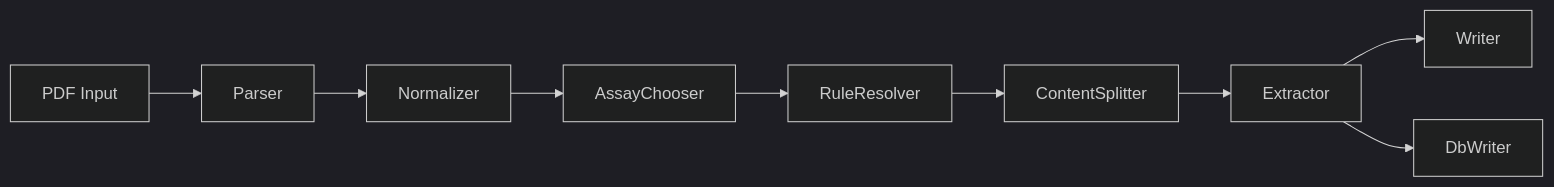
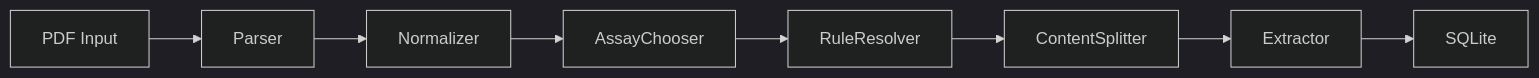
The first of 2 diagrams in docs/ARCHITECTURE.md (layzieshin/AnalyzerExtractorV2), drawn with Mermaid (dark theme) before and after one commit. The commit also changed other lines of this file and 101 other files, not shown here.

````diff
--- a/docs/ARCHITECTURE.md
+++ b/docs/ARCHITECTURE.md
@@ -9,11 +9,10 @@
 ```mermaid
 flowchart LR
   PDF[PDF Input] --> Parser
   Parser --> Normalizer
   Normalizer --> AssayChooser
   AssayChooser --> RuleResolver
   RuleResolver --> ContentSplitter
   ContentSplitter --> Extractor
-  Extractor --> Writer
-  Extractor --> DbWriter
+  Extractor --> DbWriter[SQLite]
 ```
````
